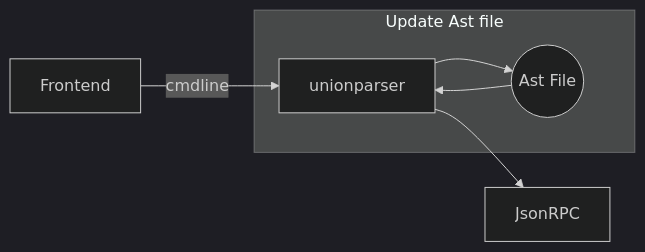
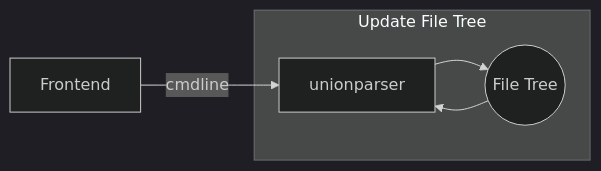
The second of 5 diagrams in README.md (FunningC0217/UnionParser), drawn with Mermaid (dark theme) before and after one commit. The commit also changed other lines of this file, not shown here.

````diff
--- a/README.md
+++ b/README.md
@@ -22,7 +21,7 @@
 ```mermaid
 graph LR;
-A[Frontend]--cmdline-->UP[unionparser]-->J[JsonRPC]
-subgraph Update Ast file
-UP-->AST((Ast File))-->UP
+A[Frontend]--cmdline-->UP[unionparser]
+subgraph Update File Tree
+UP-->T((File Tree))-->UP
 end
 ```
````
